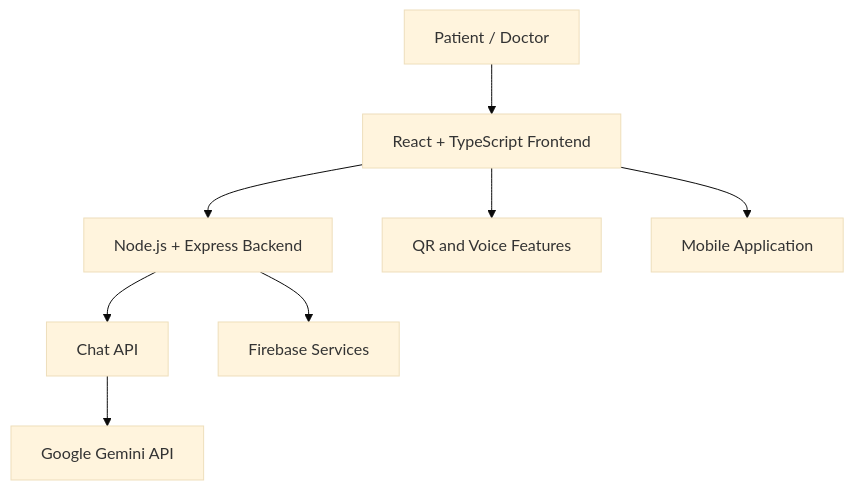
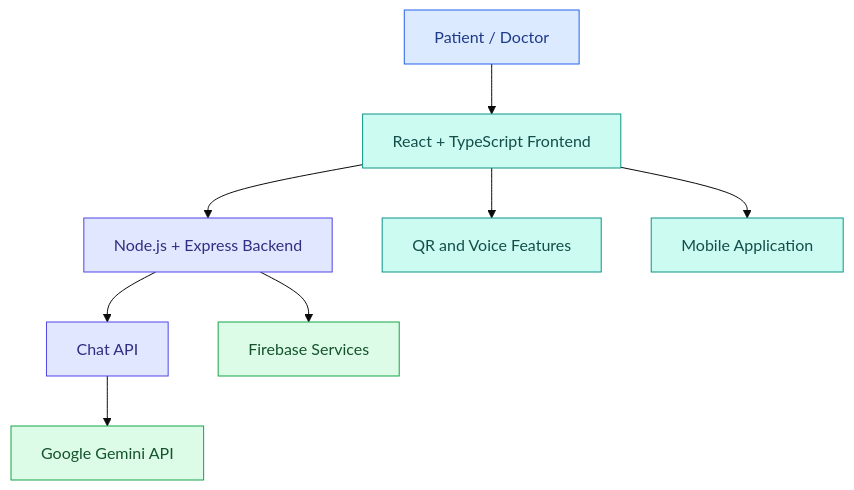
Before and after one commit to uiaryanyadav1109-dev/MedicalAI: the first of 2 diagrams in README.md, drawn with Mermaid (base theme). The commit also changed other lines of this file, not shown here.

````diff
--- a/README.md
+++ b/README.md
@@ -39,10 +66,20 @@
 ```mermaid
 flowchart TD
-    A[Patient / Doctor] --> B[React + TypeScript Frontend]
-    B --> C[Node.js + Express Backend]
-    C --> D[Chat API]
-    D --> E[Google Gemini API]
-    C --> F[Firebase Services]
-    B --> G[QR and Voice Features]
-    B --> H[Mobile Application]
+    A["Patient / Doctor"] --> B["React + TypeScript Frontend"]
+    B --> C["Node.js + Express Backend"]
+    C --> D["Chat API"]
+    D --> E["Google Gemini API"]
+    C --> F["Firebase Services"]
+    B --> G["QR and Voice Features"]
+    B --> H["Mobile Application"]
+
+    classDef user fill:#DBEAFE,stroke:#2563EB,color:#1E3A8A
+    classDef frontend fill:#CCFBF1,stroke:#0D9488,color:#134E4A
+    classDef backend fill:#E0E7FF,stroke:#4F46E5,color:#312E81
+    classDef service fill:#DCFCE7,stroke:#16A34A,color:#14532D
+
+    class A user
+    class B,G,H frontend
+    class C,D backend
+    class E,F service
 ```
````
